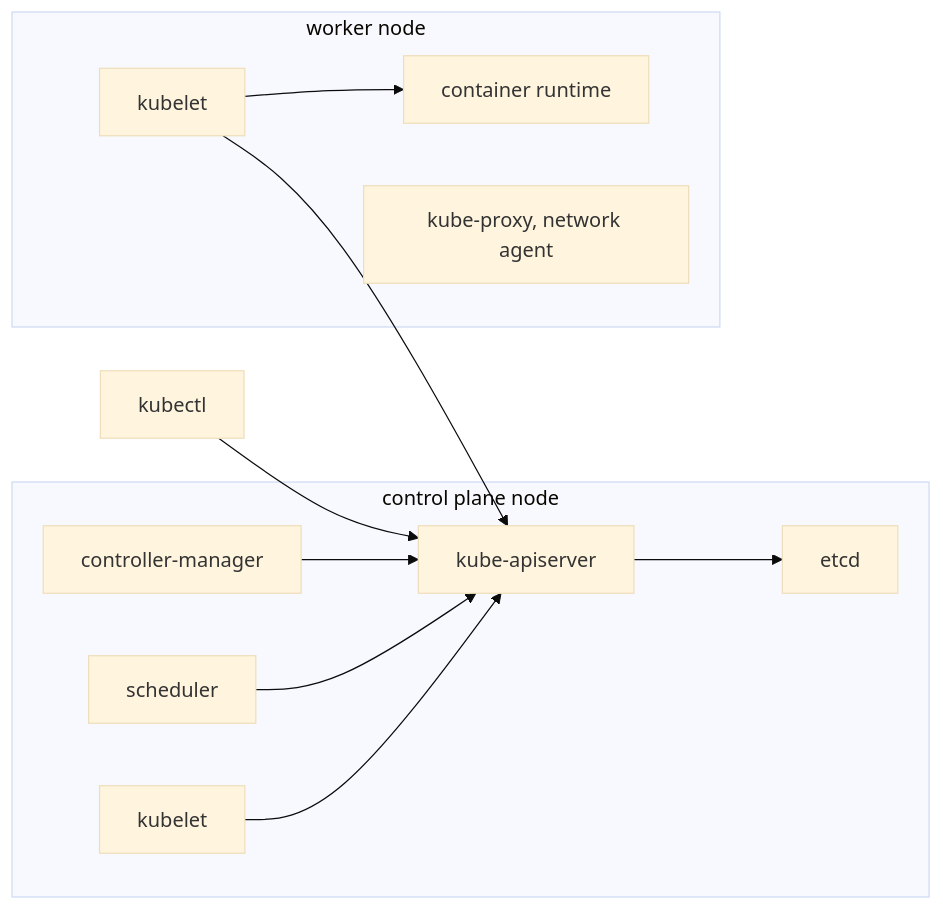
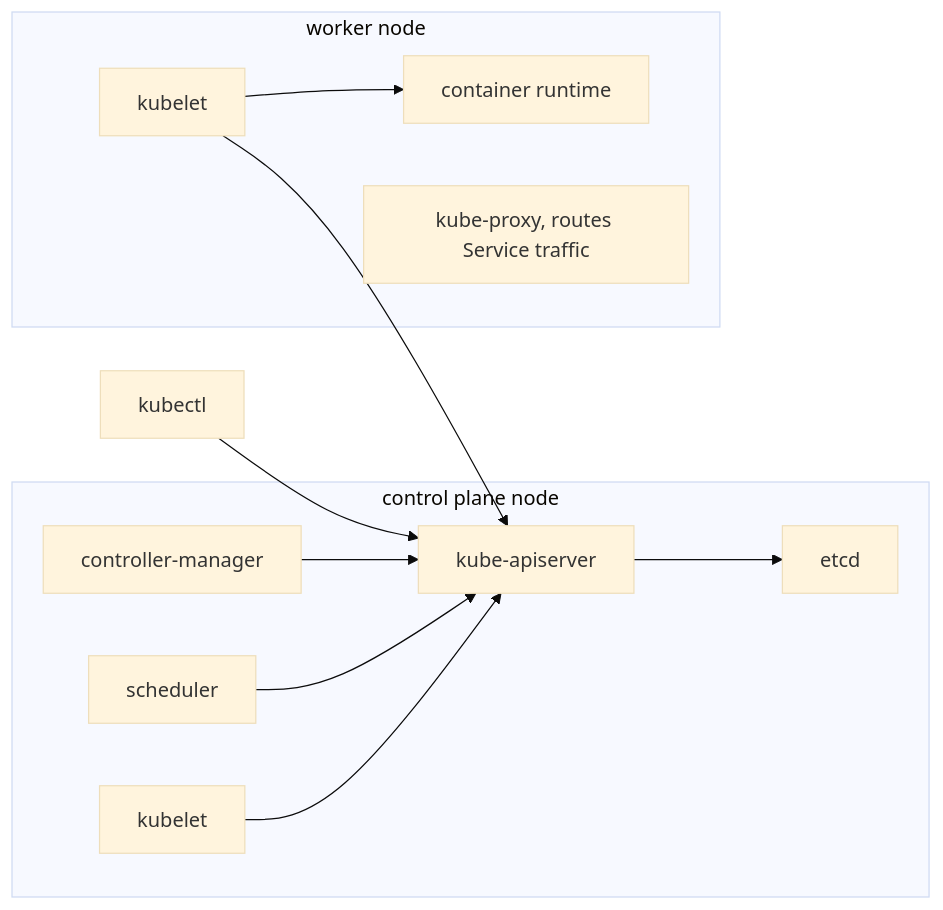
The second of 4 diagrams in learn/cluster-architecture.md (jclapdev/cka-study), drawn with Mermaid (base theme) before and after one commit. The commit also changed other lines of this file and 39 other files, not shown here.

````diff
--- a/learn/cluster-architecture.md
+++ b/learn/cluster-architecture.md
@@ -24,22 +24,22 @@
 ```mermaid
 flowchart LR
   subgraph cp["control plane node"]
     api["kube-apiserver"]
     etcd["etcd"]
     cm["controller-manager"]
     sched["scheduler"]
     k1["kubelet"]
   end
   subgraph w["worker node"]
     k2["kubelet"]
     rt["container runtime"]
-    kp["kube-proxy, network agent"]
+    kp["kube-proxy, routes Service traffic"]
   end
   you["kubectl"] --> api
   cm --> api
   sched --> api
   k1 --> api
   k2 --> api
   api --> etcd
   k2 --> rt
 ```
````
